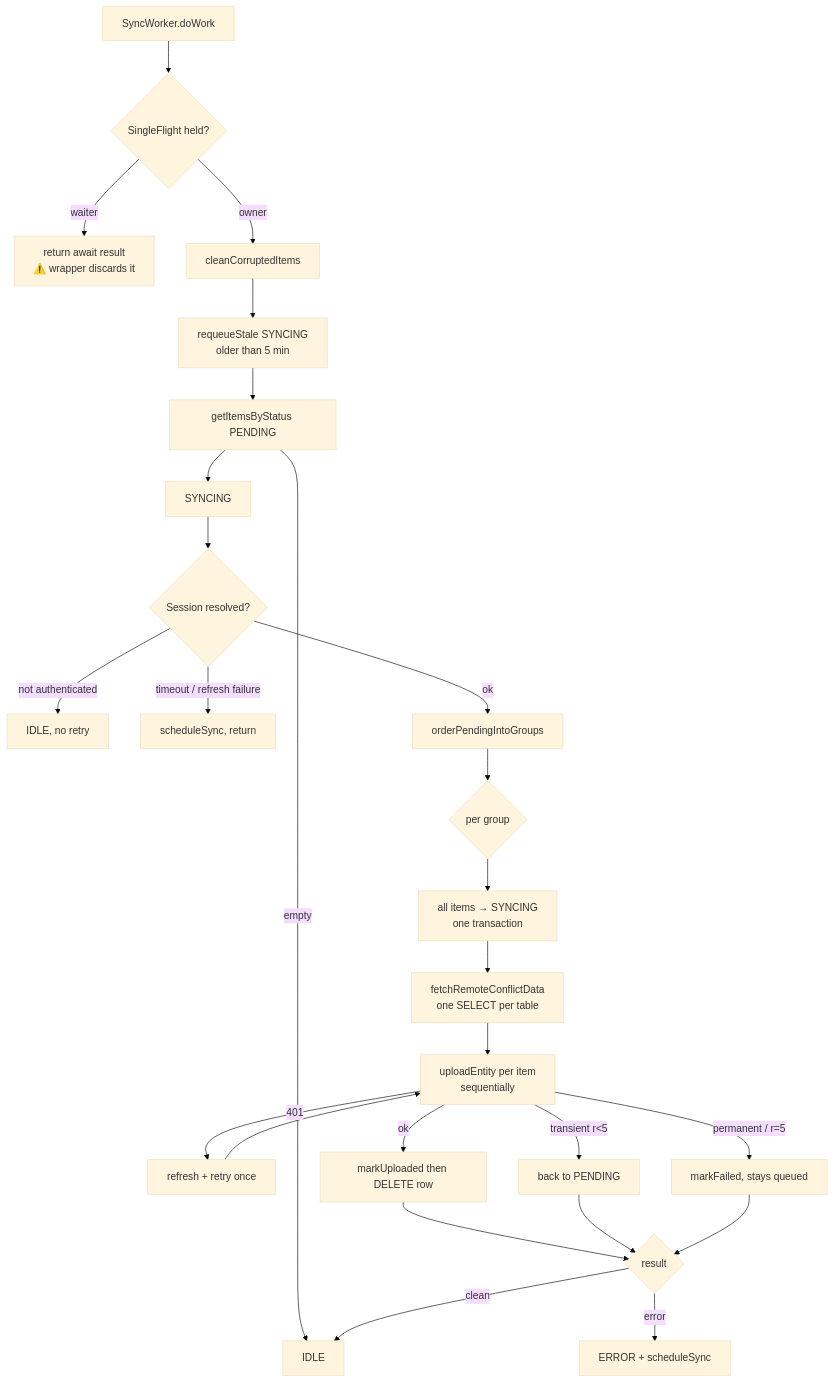
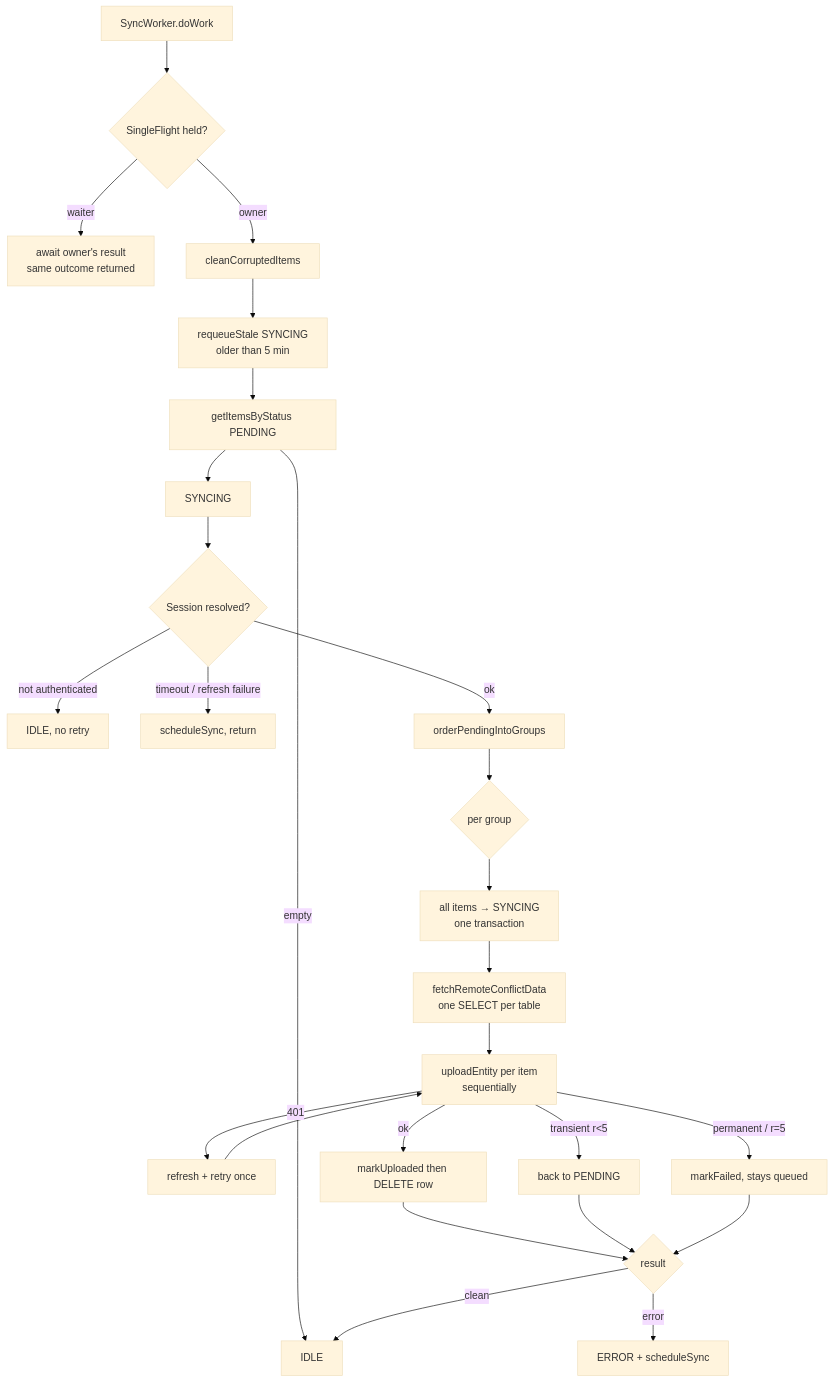
One commit to CyferBoy/Neo_Child_Clinic changed the second of 4 diagrams in docs/Knowledge_Base/Offline Synchronization.md. Above: the diagram before and after it, drawn with Mermaid (base theme). The commit also changed other lines of this file and 86 other files, not shown here.

````diff
--- a/docs/Knowledge_Base/Offline Synchronization.md
+++ b/docs/Knowledge_Base/Offline Synchronization.md
@@ -42,28 +42,28 @@
 ```mermaid
 flowchart TD
     A["SyncWorker.doWork"] --> B{"SingleFlight held?"}
-    B -->|waiter| Z["return await result<br/>⚠️ wrapper discards it"]
+    B -->|waiter| Z["await owner's result<br/>same outcome returned"]
     B -->|owner| C["cleanCorruptedItems"]
     C --> D["requeueStale SYNCING<br/>older than 5 min"]
     D --> E["getItemsByStatus PENDING"]
     E -->|empty| IDLE["IDLE"]
     E --> F["SYNCING"]
     F --> G{"Session resolved?"}
     G -->|not authenticated| DEF["IDLE, no retry"]
     G -->|timeout / refresh failure| SCH["scheduleSync, return"]
     G -->|ok| H["orderPendingIntoGroups"]
     H --> I{"per group"}
     I --> J["all items → SYNCING<br/>one transaction"]
     J --> K["fetchRemoteConflictData<br/>one SELECT per table"]
     K --> L["uploadEntity per item<br/>sequentially"]
     L -->|401| M["refresh + retry once"]
     L -->|ok| N["markUploaded then DELETE row"]
     L -->|transient r&lt;5| PB["back to PENDING"]
     L -->|permanent / r=5| FL["markFailed, stays queued"]
     M --> L
     N --> R{"result"}
     PB --> R
     FL --> R
     R -->|error| ERR["ERROR + scheduleSync"]
     R -->|clean| IDLE
 ```
````
